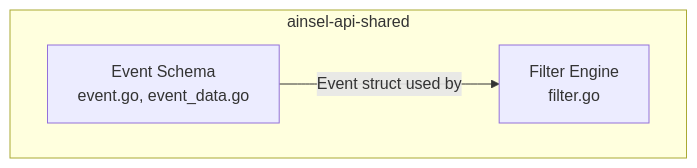
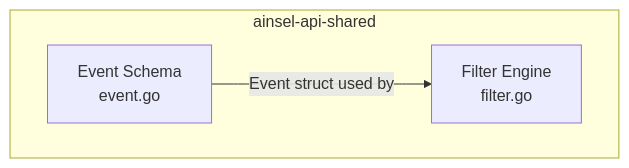
One commit to ainsel-project/ainsel changed the first of 3 diagrams in shared/api/docs/architecture.md. Above: the diagram before and after it, drawn with Mermaid. The commit also changed other lines of this file and 6 other files, not shown here.

````diff
--- a/shared/api/docs/architecture.md
+++ b/shared/api/docs/architecture.md
@@ -9,9 +9,9 @@
 ```mermaid
 graph TD
     subgraph ainsel-api-shared
-        ES[Event Schema<br/>event.go, event_data.go]
+        ES[Event Schema<br/>event.go]
         FE[Filter Engine<br/>filter.go]
     end
 
     ES -->|Event struct used by| FE
 ```
````
